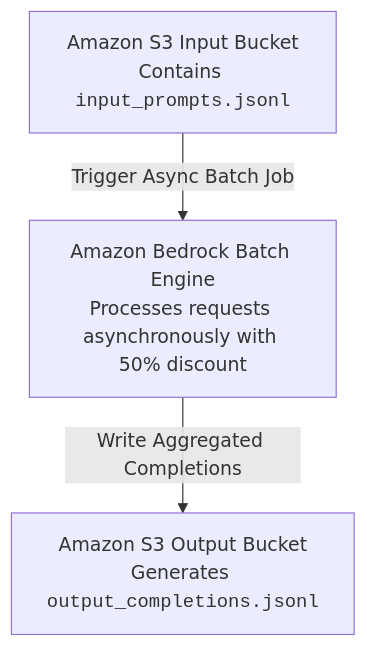
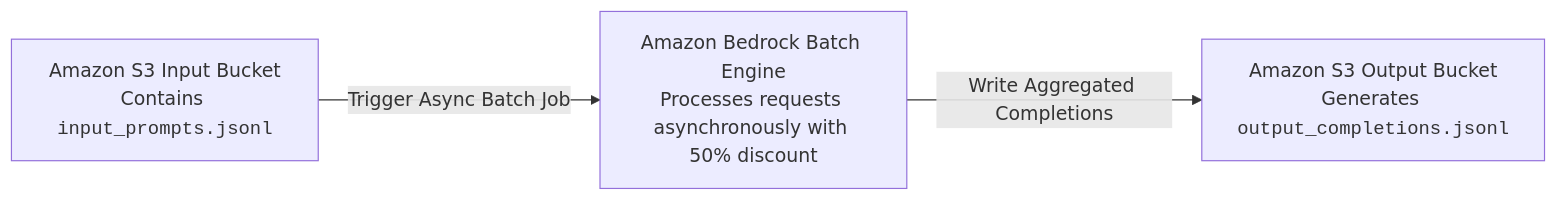
The first of 2 diagrams in docs/ai-practitioner/section-3-bedrock-generative-ai/pricing.mdx (rensaputra/aws-docs), drawn with Mermaid before and after one commit. The commit also changed other lines of this file and 9 other files, not shown here.

````diff
--- a/docs/ai-practitioner/section-3-bedrock-generative-ai/pricing.mdx
+++ b/docs/ai-practitioner/section-3-bedrock-generative-ai/pricing.mdx
@@ -40,9 +40,9 @@
 ```mermaid
-graph TD
+graph LR
     S3In[Amazon S3 Input Bucket<br/>Contains <code>input_prompts.jsonl</code>]
     Batch[Amazon Bedrock Batch Engine<br/>Processes requests asynchronously with 50% discount]
     S3Out[Amazon S3 Output Bucket<br/>Generates <code>output_completions.jsonl</code>]
 
     S3In -->|Trigger Async Batch Job| Batch
     Batch -->|Write Aggregated Completions| S3Out
 ```
````
